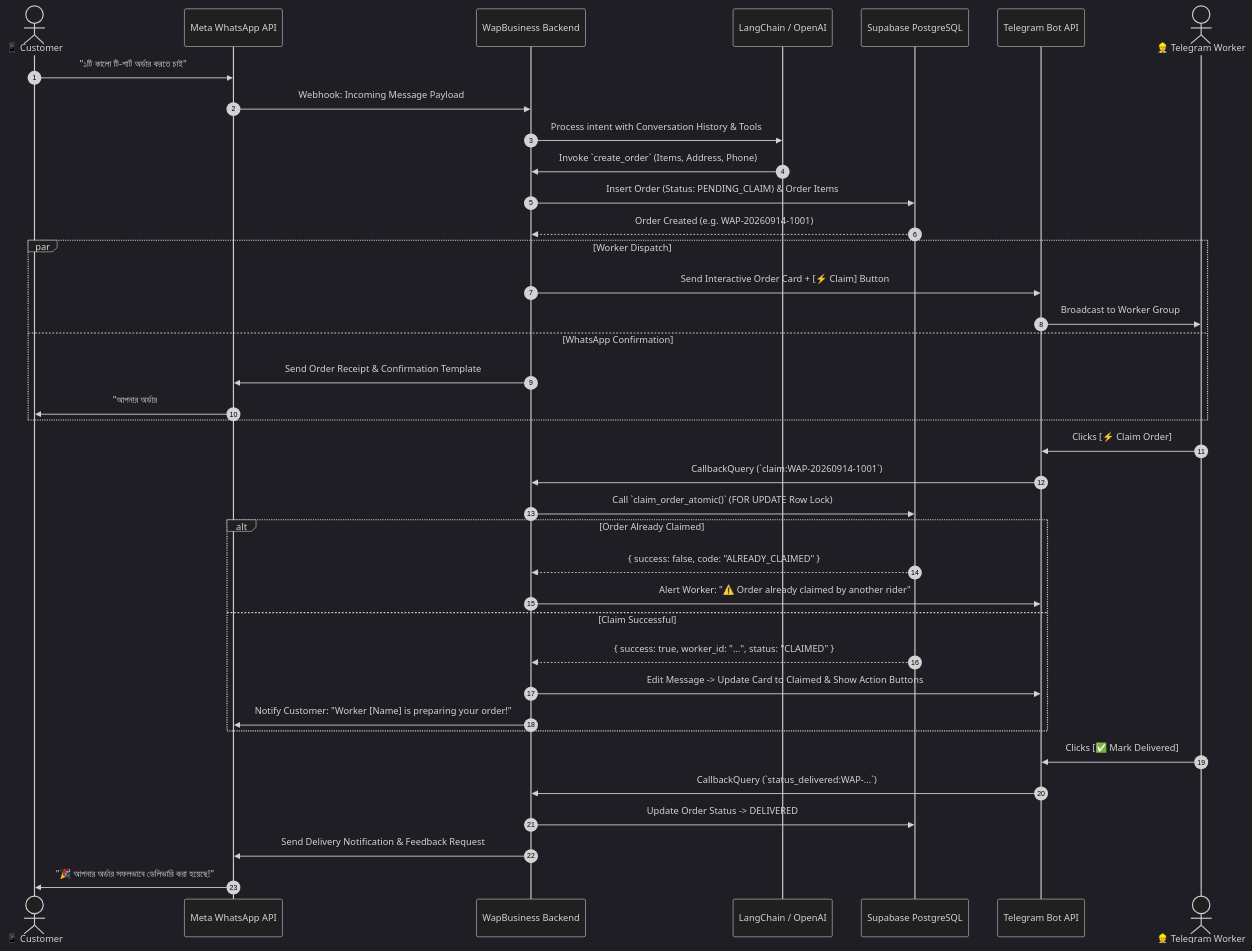
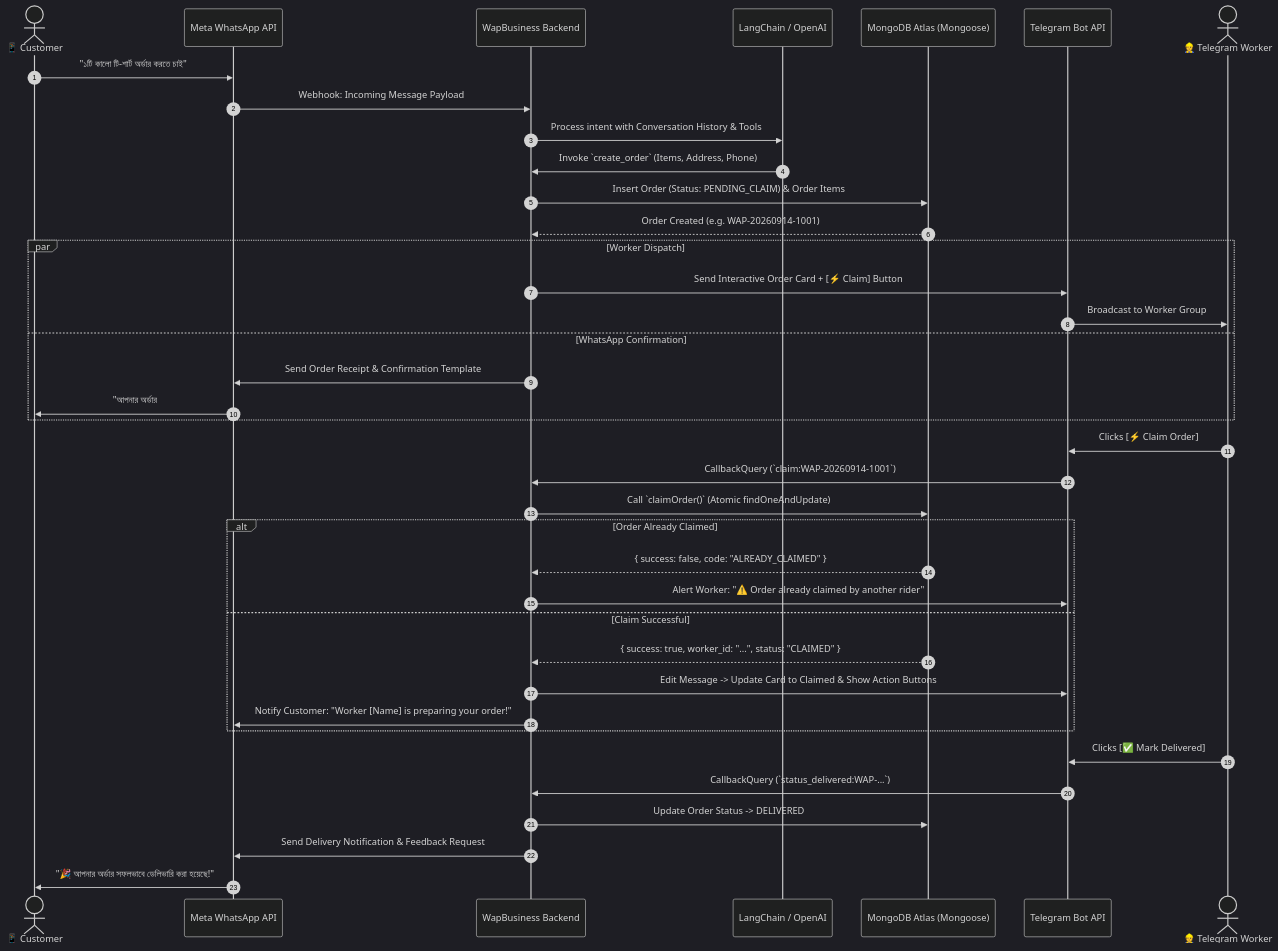
The second of 3 diagrams in README.md (sequenceit-git/mywab), drawn with Mermaid (dark theme) before and after one commit. The commit also changed other lines of this file and 57 other files, not shown here.

Commit message:
feat: migrate database from Supabase to MongoDB Atlas and purge all Supabase connections

````diff
--- a/README.md
+++ b/README.md
@@ -90,46 +90,46 @@
 ```mermaid
 sequenceDiagram
     autonumber
     actor Customer as 📱 Customer
     participant WhatsApp as Meta WhatsApp API
     participant NextApp as WapBusiness Backend
     participant OpenAI as LangChain / OpenAI
-    participant Supabase as Supabase PostgreSQL
+    participant MongoDB as MongoDB Atlas (Mongoose)
     participant Telegram as Telegram Bot API
     actor Worker as 👷 Telegram Worker
 
     Customer->>WhatsApp: "১টি কালো টি-শার্ট অর্ডার করতে চাই"
     WhatsApp->>NextApp: Webhook: Incoming Message Payload
     NextApp->>OpenAI: Process intent with Conversation History & Tools
     OpenAI->>NextApp: Invoke `create_order` (Items, Address, Phone)
     
-    NextApp->>Supabase: Insert Order (Status: PENDING_CLAIM) & Order Items
-    Supabase-->>NextApp: Order Created (e.g. WAP-20260914-1001)
+    NextApp->>MongoDB: Insert Order (Status: PENDING_CLAIM) & Order Items
+    MongoDB-->>NextApp: Order Created (e.g. WAP-20260914-1001)
     
     par Worker Dispatch
         NextApp->>Telegram: Send Interactive Order Card + [⚡ Claim] Button
         Telegram->>Worker: Broadcast to Worker Group
     and WhatsApp Confirmation
         NextApp->>WhatsApp: Send Order Receipt & Confirmation Template
         WhatsApp->>Customer: "আপনার অর্ডার #WAP-20260914-1001 নিশ্চিত হয়েছে!"
     end
 
     Worker->>Telegram: Clicks [⚡ Claim Order]
     Telegram->>NextApp: CallbackQuery (`claim:WAP-20260914-1001`)
-    NextApp->>Supabase: Call `claim_order_atomic()` (FOR UPDATE Row Lock)
+    NextApp->>MongoDB: Call `claimOrder()` (Atomic findOneAndUpdate)
     
     alt Order Already Claimed
-        Supabase-->>NextApp: { success: false, code: "ALREADY_CLAIMED" }
+        MongoDB-->>NextApp: { success: false, code: "ALREADY_CLAIMED" }
         NextApp->>Telegram: Alert Worker: "⚠️ Order already claimed by another rider"
     else Claim Successful
-        Supabase-->>NextApp: { success: true, worker_id: "...", status: "CLAIMED" }
+        MongoDB-->>NextApp: { success: true, worker_id: "...", status: "CLAIMED" }
         NextApp->>Telegram: Edit Message -> Update Card to Claimed & Show Action Buttons
         NextApp->>WhatsApp: Notify Customer: "Worker [Name] is preparing your order!"
     end
 
     Worker->>Telegram: Clicks [✅ Mark Delivered]
     Telegram->>NextApp: CallbackQuery (`status_delivered:WAP-...`)
-    NextApp->>Supabase: Update Order Status -> DELIVERED
+    NextApp->>MongoDB: Update Order Status -> DELIVERED
     NextApp->>WhatsApp: Send Delivery Notification & Feedback Request
     WhatsApp->>Customer: "🎉 আপনার অর্ডার সফলভাবে ডেলিভারি করা হয়েছে!"
 ```
````
